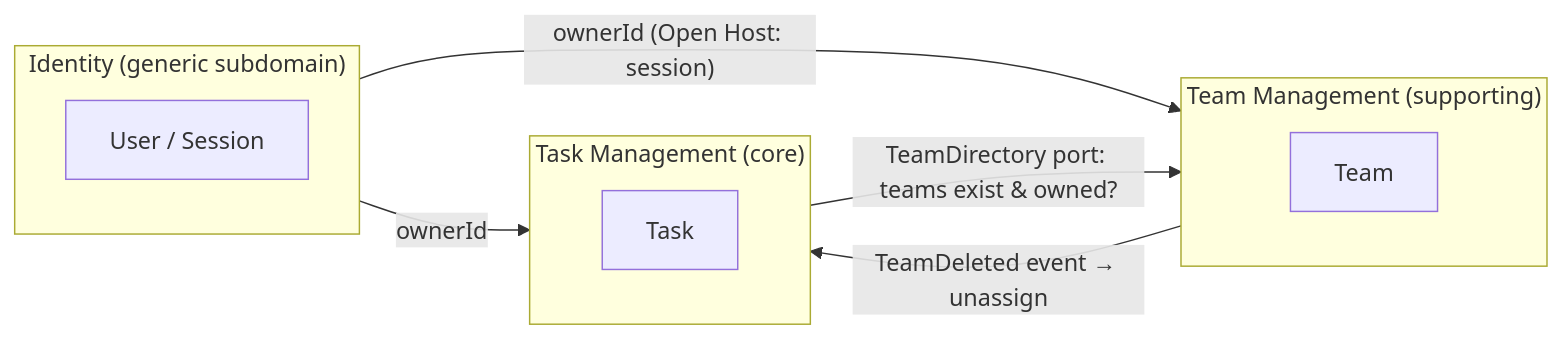
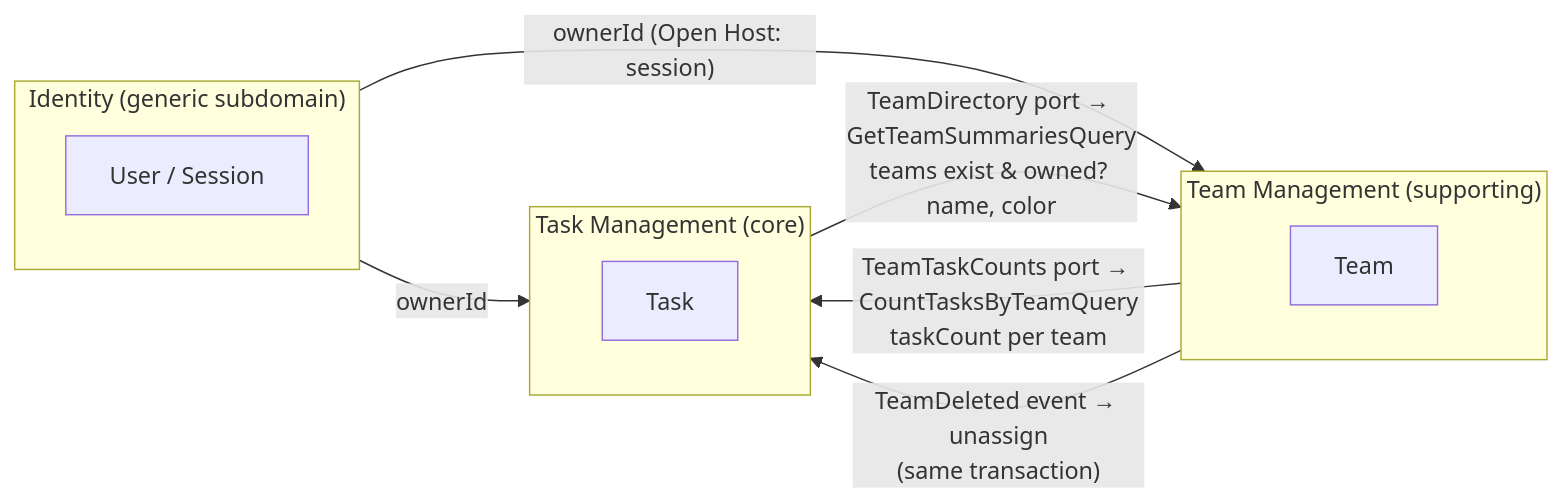
One commit to rodriguesdenis/hitss changed the first of 2 diagrams in docs/architecture/domain-model.md. Above: the diagram before and after it, drawn with Mermaid. The commit also changed other lines of this file and 3 other files, not shown here.

First line of the commit message:
docs: align core docs with architecture decisions

````diff
--- a/docs/architecture/domain-model.md
+++ b/docs/architecture/domain-model.md
@@ -21,16 +21,17 @@
 ```mermaid
 flowchart LR
   subgraph Identity["Identity (generic subdomain)"]
     U[User / Session]
   end
   subgraph TeamMgmt["Team Management (supporting)"]
     T[Team]
   end
   subgraph TaskMgmt["Task Management (core)"]
     K[Task]
   end
   Identity -- "ownerId (Open Host: session)" --> TeamMgmt
   Identity -- "ownerId" --> TaskMgmt
-  TaskMgmt -- "TeamDirectory port: teams exist & owned?" --> TeamMgmt
-  TeamMgmt -- "TeamDeleted event → unassign" --> TaskMgmt
+  TaskMgmt -- "TeamDirectory port → GetTeamSummariesQuery<br/>teams exist & owned? name, color" --> TeamMgmt
+  TeamMgmt -- "TeamTaskCounts port → CountTasksByTeamQuery<br/>taskCount per team" --> TaskMgmt
+  TeamMgmt -- "TeamDeleted event → unassign<br/>(same transaction)" --> TaskMgmt
 ```
````
